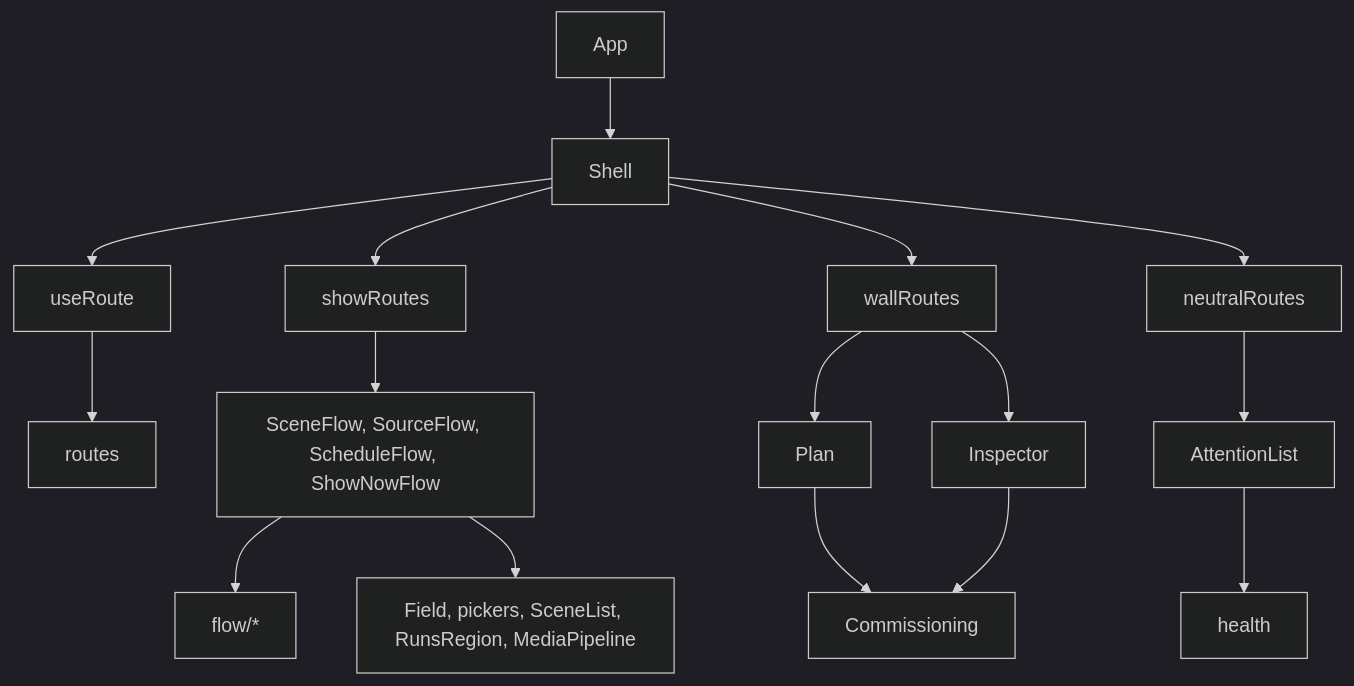
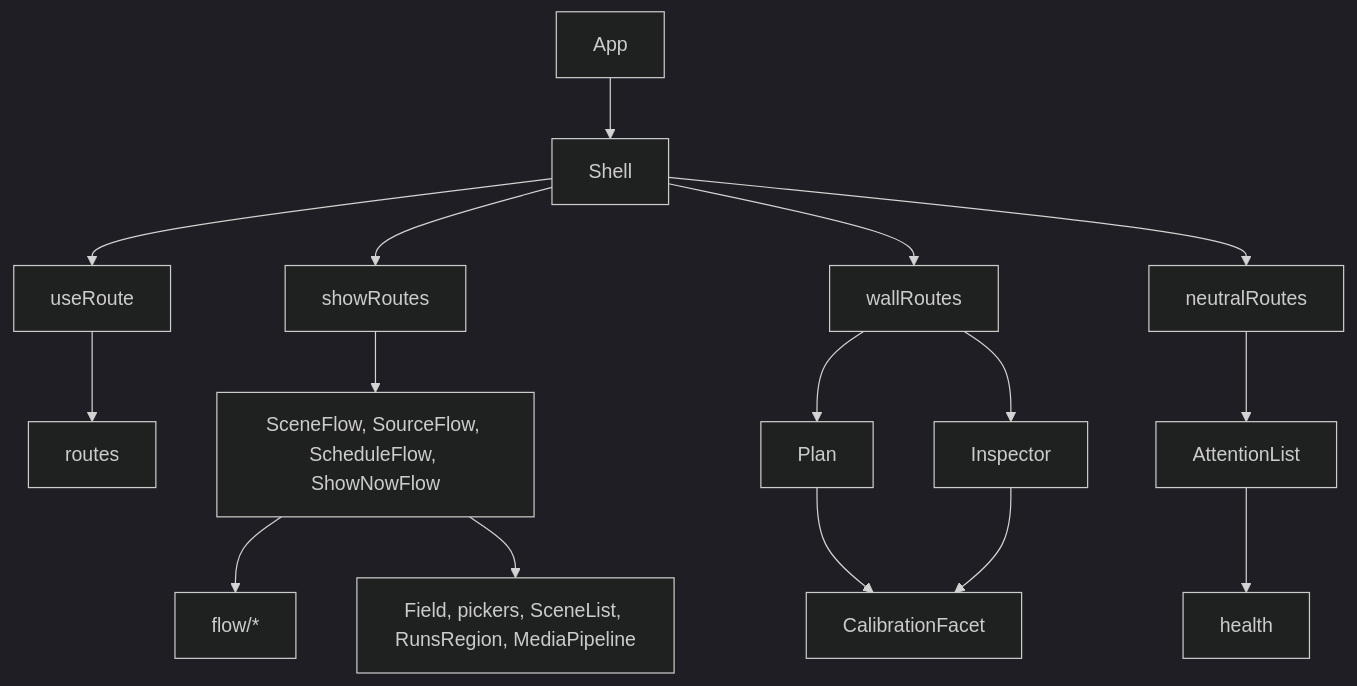
The second of 2 diagrams in docs/operator-console-ux-pass2-flow.md (mcurcio/photo-wall), drawn with Mermaid (dark theme) before and after one commit. The commit also changed other lines of this file and 12 other files, not shown here.

````diff
--- a/docs/operator-console-ux-pass2-flow.md
+++ b/docs/operator-console-ux-pass2-flow.md
@@ -143,8 +143,8 @@
 ```mermaid
 flowchart TB
   App --> Shell --> useRoute --> routes
   Shell --> showRoutes & wallRoutes & neutralRoutes
   showRoutes --> Flows["SceneFlow, SourceFlow, ScheduleFlow, ShowNowFlow"] --> flowkit["flow/*"] & Regions["Field, pickers, SceneList, RunsRegion, MediaPipeline"]
-  wallRoutes --> Plan & Inspector --> Commissioning
+  wallRoutes --> Plan & Inspector --> CalibrationFacet
   neutralRoutes --> AttentionList --> health
 ```
````
